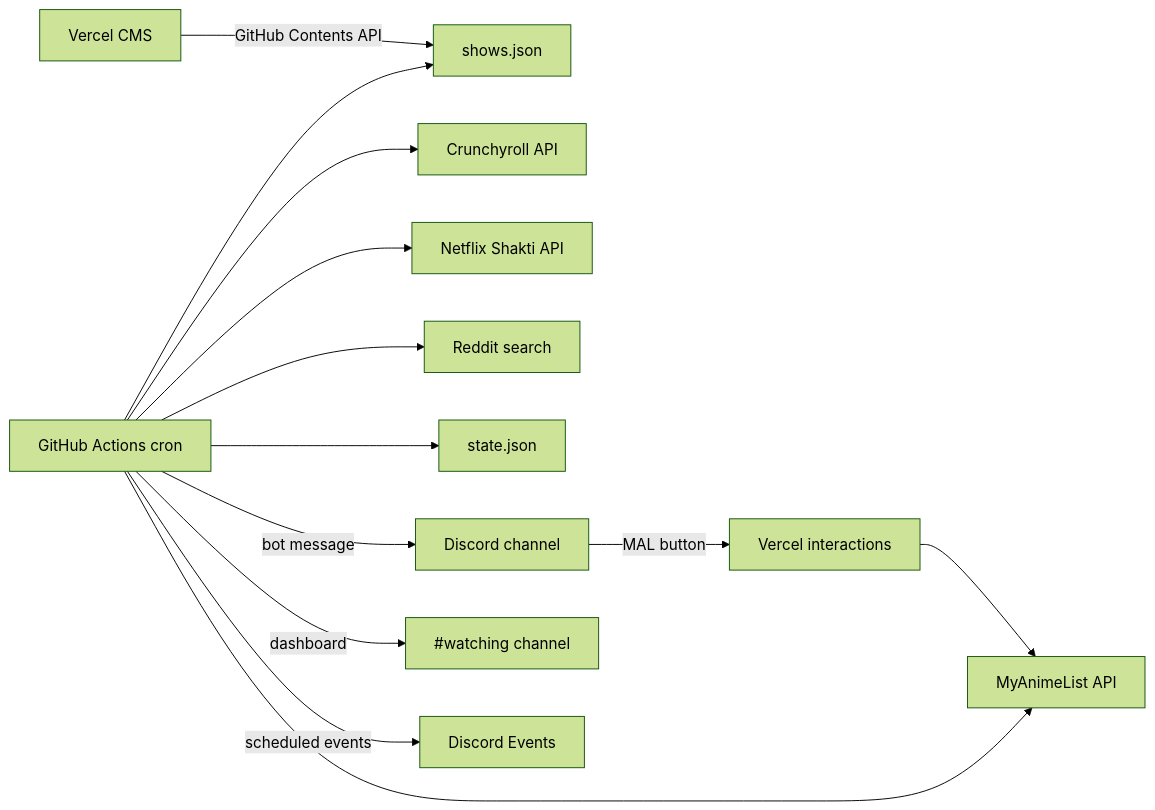
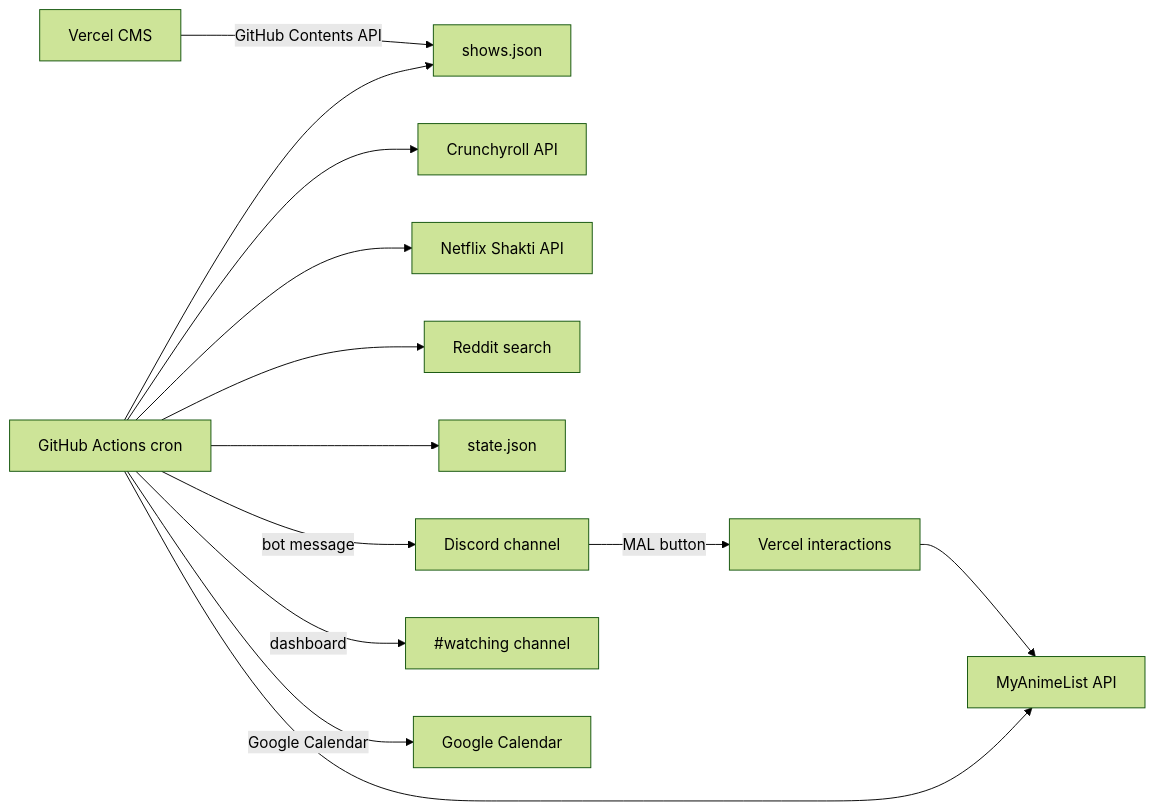
The diagram in README.md (n9d0g/anime-ep-checker), drawn with Mermaid (forest theme) before and after one commit. The commit also changed other lines of this file and 8 other files, not shown here.

Commit message:
refactor: :recycle: remove discord events

````diff
--- a/README.md
+++ b/README.md
@@ -7,15 +7,15 @@
 ```mermaid
 flowchart LR
   Admin[Vercel CMS] -->|GitHub Contents API| Shows[shows.json]
   Cron[GitHub Actions cron] --> Shows
   Cron --> CR[Crunchyroll API]
   Cron --> NF[Netflix Shakti API]
   Cron --> Reddit[Reddit search]
   Cron --> State[state.json]
   Cron -->|bot message| Discord[Discord channel]
   Cron -->|dashboard| Watching[#watching channel]
-  Cron -->|scheduled events| Events[Discord Events]
+  Cron -->|Google Calendar| Calendar[Google Calendar]
   Discord -->|MAL button| Vercel[Vercel interactions]
   Vercel --> MAL[MyAnimeList API]
   Cron --> MAL
 ```
````
